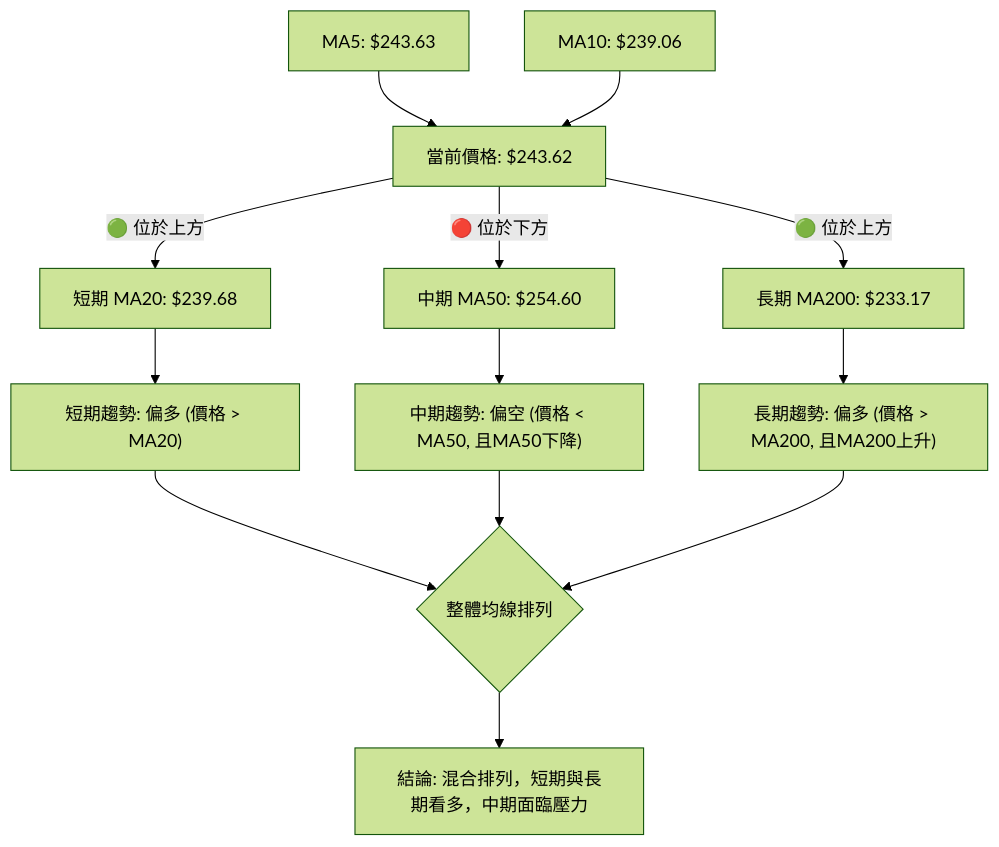
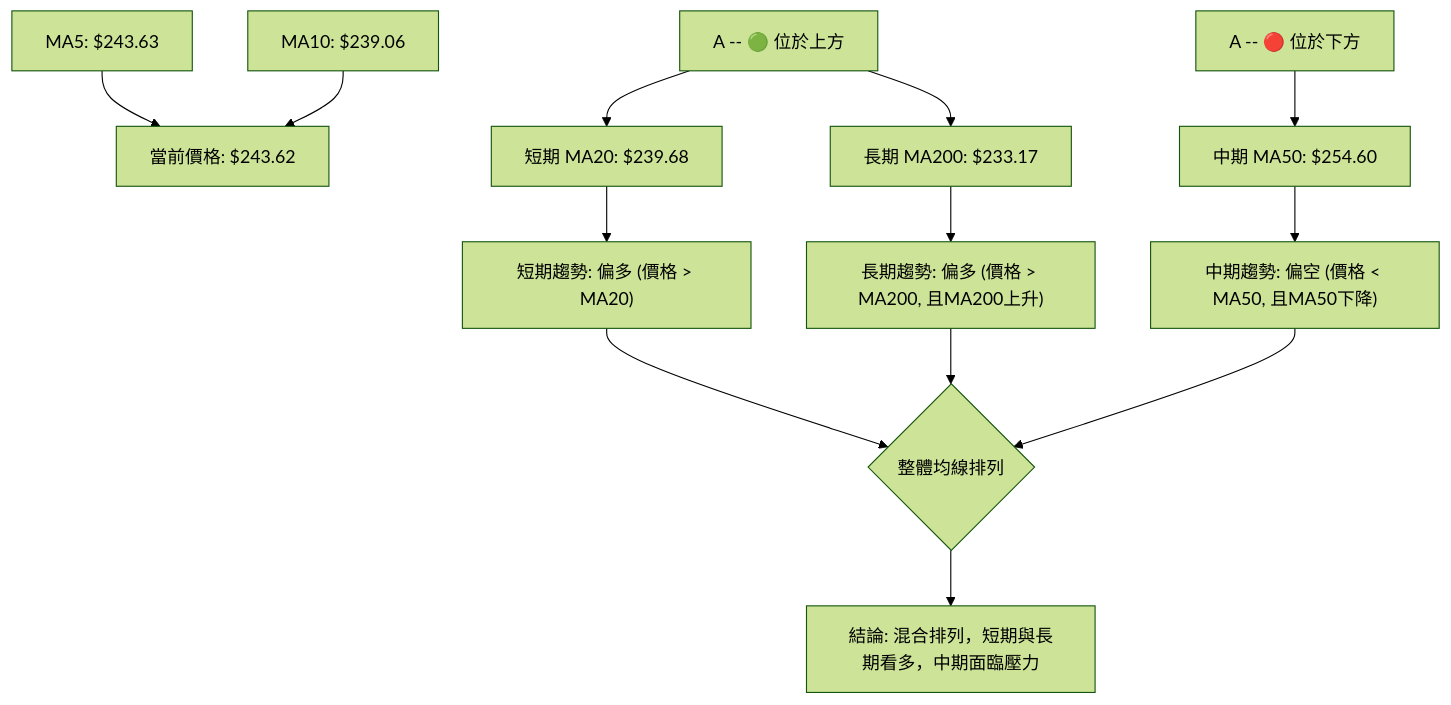
One commit to yennanliu/finance_data changed the sixth of 10 diagrams in ai_gen_report/stock/amzn/technical_analysis_2026-07-08_gemini-2.md. Above: the diagram before and after it, drawn with Mermaid (forest theme). The commit also changed other lines of this file and 2258 other files, not shown here.

First line of the commit message:
chore: backfill Mermaid syntax repair across existing reports

````diff
--- a/ai_gen_report/stock/amzn/technical_analysis_2026-07-08_gemini-2.md
+++ b/ai_gen_report/stock/amzn/technical_analysis_2026-07-08_gemini-2.md
@@ -425,24 +425,24 @@
 ```mermaid
 graph TD
     A["當前價格: $243.62"]
     B["短期 MA20: $239.68"]
     C["中期 MA50: $254.60"]
     D["長期 MA200: $233.17"]
 
-    A -- 🟢 位於上方 --> B
-    A -- 🔴 位於下方 --> C
-    A -- 🟢 位於上方 --> D
+    nb1["A -- 🟢 位於上方"] --> B
+    nb2["A -- 🔴 位於下方"] --> C
+    nb1["A -- 🟢 位於上方"] --> D
 
     B --> E["短期趨勢: 偏多 (價格 > MA20)"]
     C --> F["中期趨勢: 偏空 (價格 < MA50, 且MA50下降)"]
     D --> G["長期趨勢: 偏多 (價格 > MA200, 且MA200上升)"]
 
-    H[MA5: $243.63] --> A
-    I[MA10: $239.06] --> A
+    H["MA5: $243.63"] --> A
+    I["MA10: $239.06"] --> A
 
-    J{整體均線排列}
+    J{"整體均線排列"}
     E --> J
     F --> J
     G --> J
     J --> K["結論: 混合排列，短期與長期看多，中期面臨壓力"]
 ```
````
